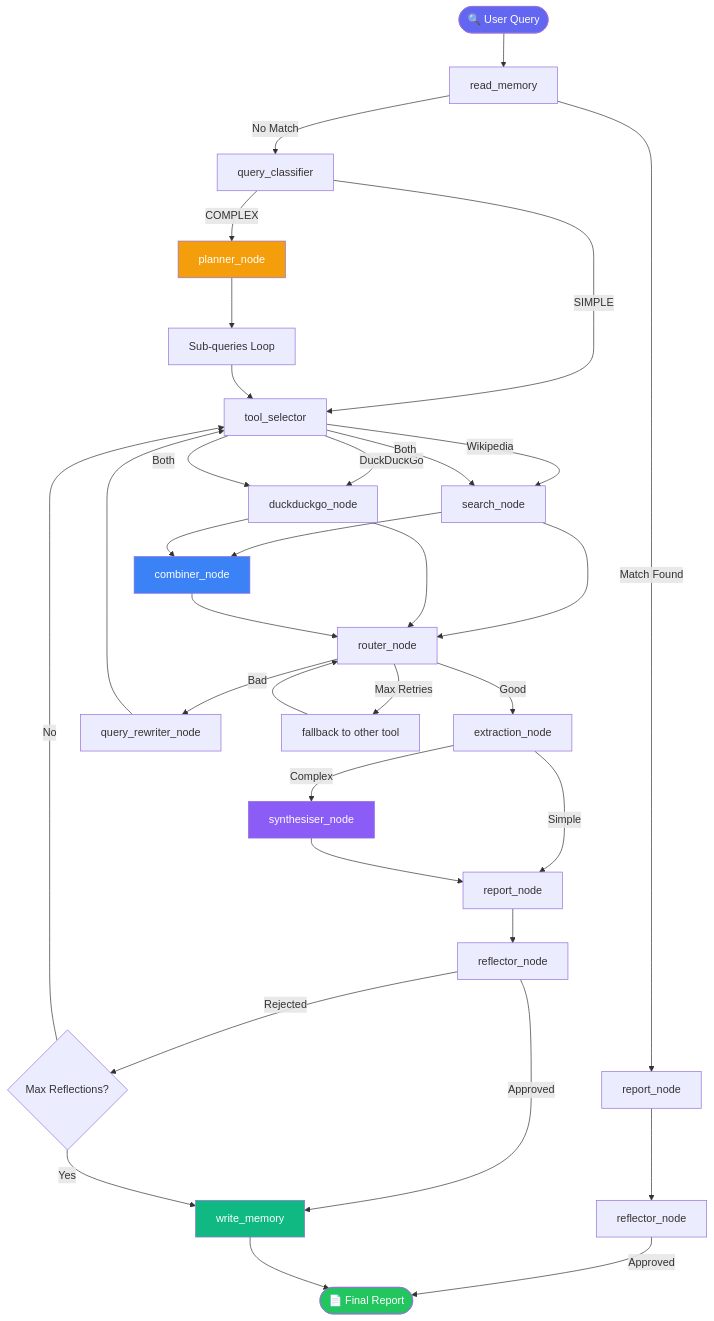
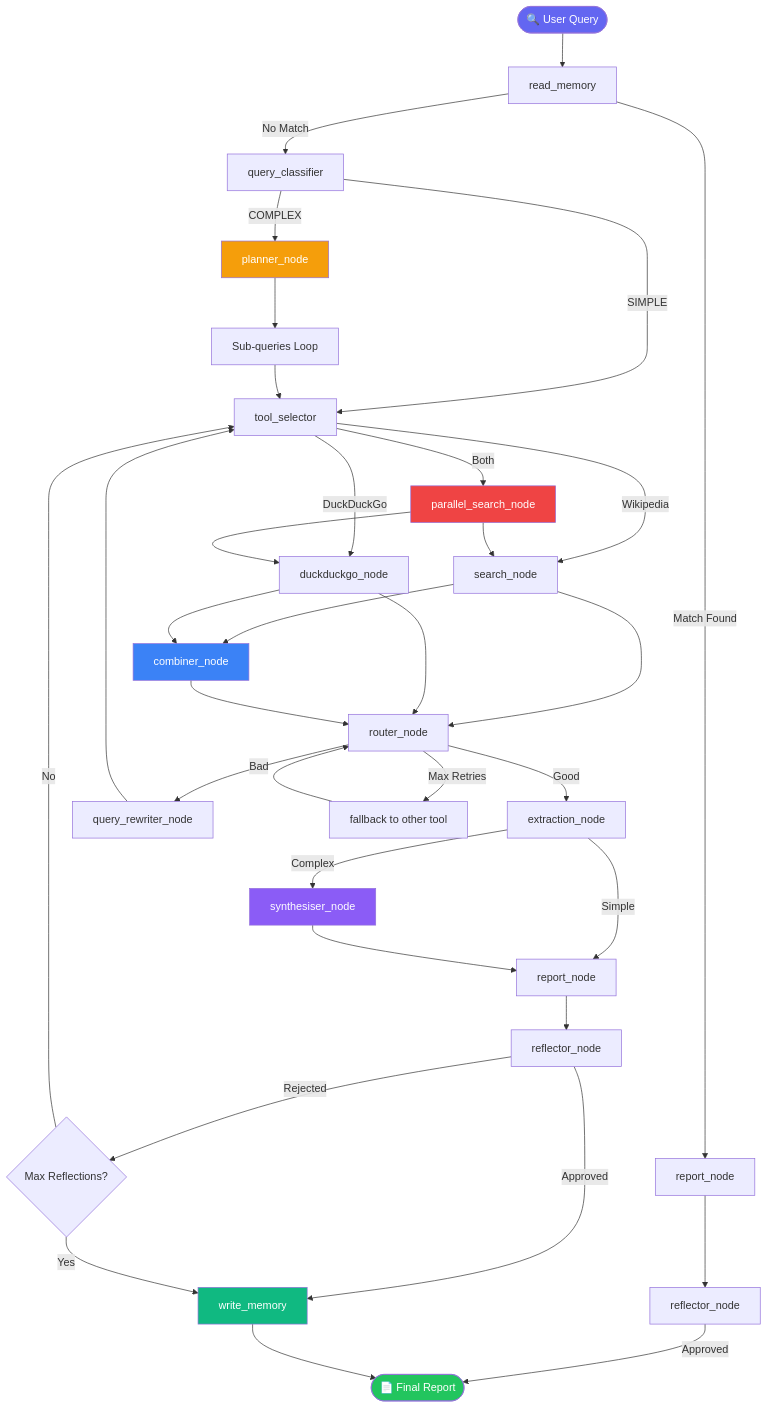
One commit to tanushbuilds/agentic-researcher changed the diagram in README.md. Above: the diagram before and after it, drawn with Mermaid.

````diff
--- a/README.md
+++ b/README.md
@@ -9,47 +9,53 @@
 ```mermaid
 flowchart TD
     A([🔍 User Query]) --> B[read_memory]
     B -->|Match Found| C[report_node]
     C --> D[reflector_node]
     D -->|Approved| E([📄 Final Report])
     B -->|No Match| F[query_classifier]
 
     F -->|SIMPLE| G[tool_selector]
     F -->|COMPLEX| H[planner_node]
 
     H --> I[Sub-queries Loop]
     I --> G
 
     G -->|Wikipedia| J[search_node]
     G -->|DuckDuckGo| K[duckduckgo_node]
-    G -->|Both| J & K --> L[combiner_node]
+    G -->|Both| PS[parallel_search_node]
+
+    PS --> J
+    PS --> K
+    J --> L[combiner_node]
+    K --> L
 
     J --> M[router_node]
     K --> M
     L --> M
 
     M -->|Good| N[extraction_node]
     M -->|Bad| O[query_rewriter_node]
     O --> G
 
     M -->|Max Retries| P[fallback to other tool]
     P --> M
 
     N -->|Simple| Q[report_node]
     N -->|Complex| R[synthesiser_node]
     R --> Q
 
     Q --> S[reflector_node]
     S -->|Approved| T[write_memory]
     T --> E
     S -->|Rejected| U{Max Reflections?}
     U -->|No| G
     U -->|Yes| T
 
     style A fill:#6366f1,color:#fff
     style E fill:#22c55e,color:#fff
     style H fill:#f59e0b,color:#fff
+    style PS fill:#ef4444,color:#fff
     style L fill:#3b82f6,color:#fff
     style R fill:#8b5cf6,color:#fff
     style T fill:#10b981,color:#fff
 ```
````
